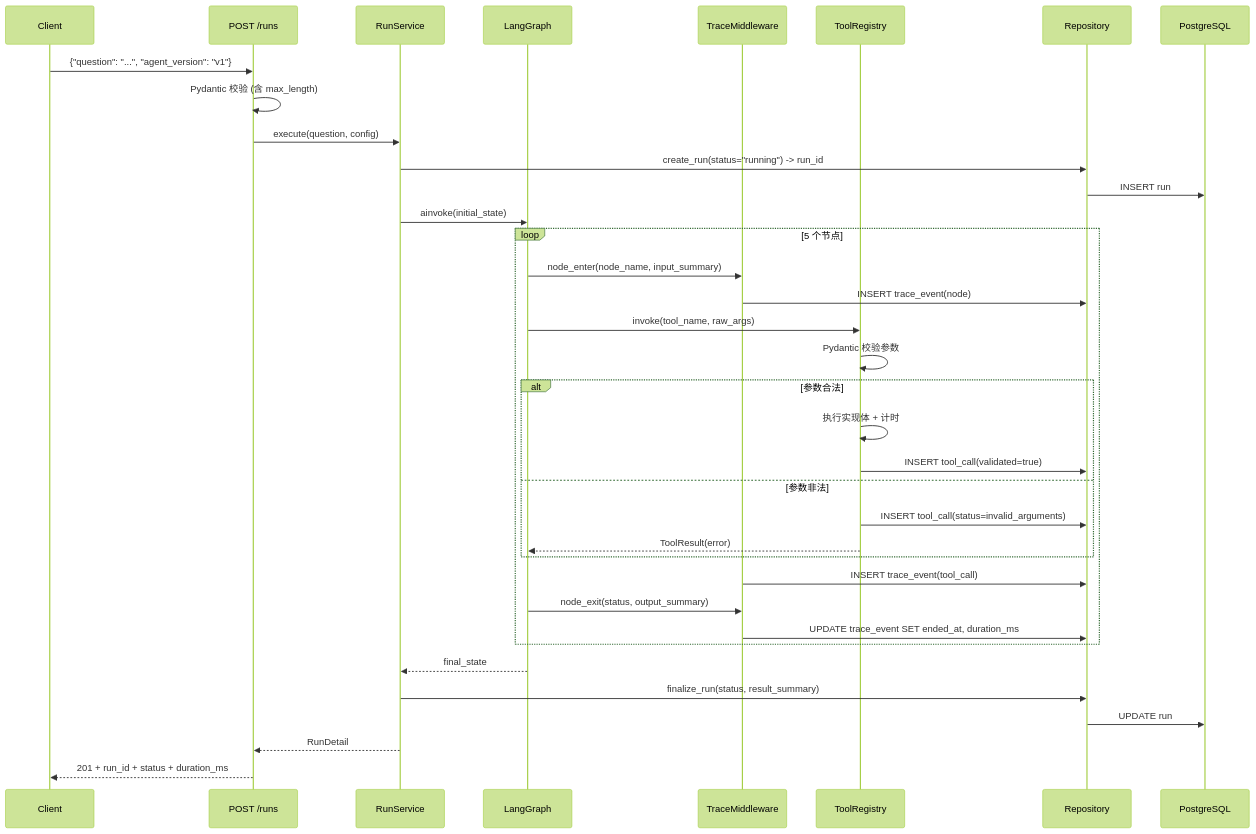
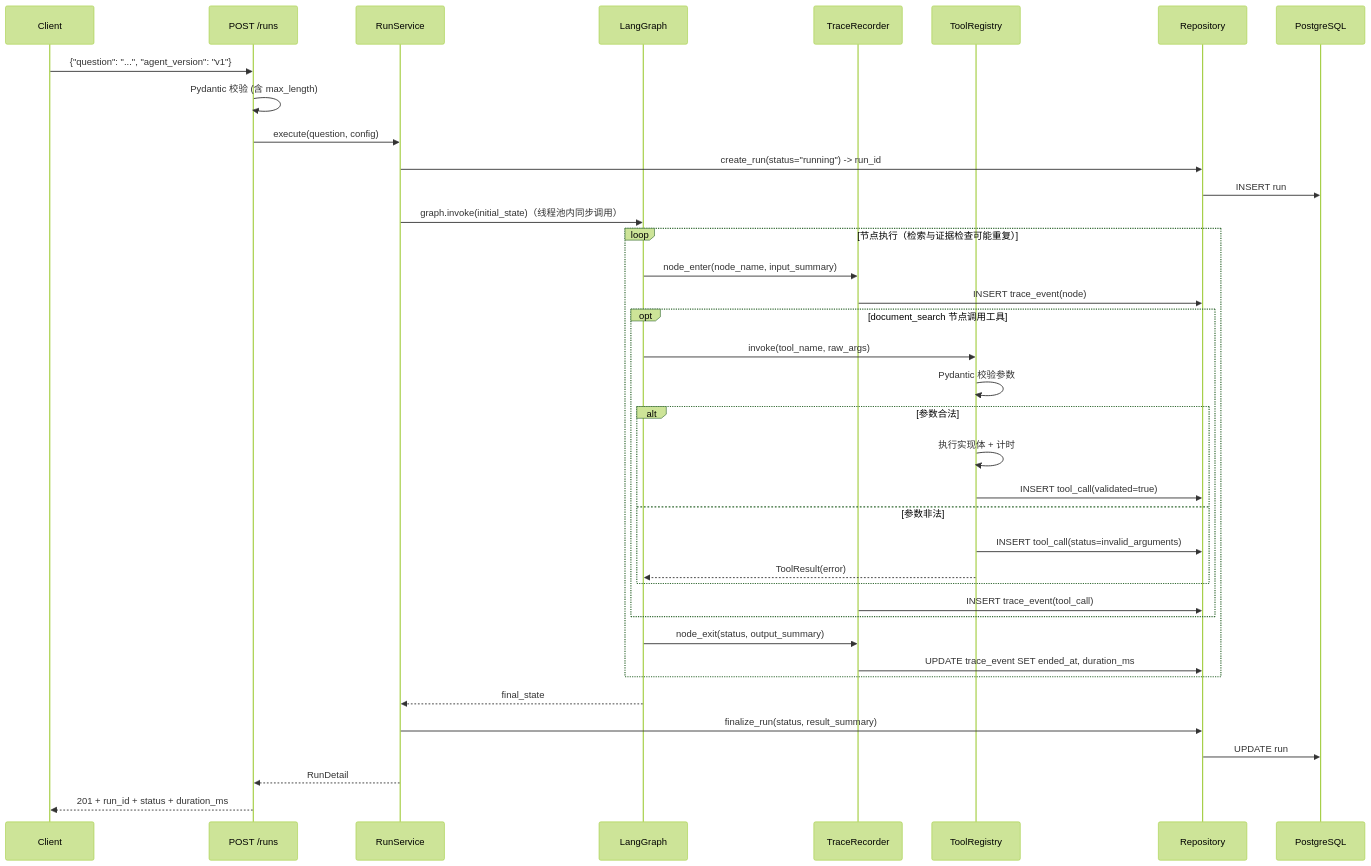
The second of 3 diagrams in docs/ARCHITECTURE.md (zhang2y17/AgentTrace), drawn with Mermaid (forest theme) before and after one commit. The commit also changed other lines of this file and 17 other files, not shown here.

````diff
--- a/docs/ARCHITECTURE.md
+++ b/docs/ARCHITECTURE.md
@@ -164,39 +139,41 @@
 ```mermaid
 sequenceDiagram
     participant C as Client
     participant A as POST /runs
     participant RS as RunService
     participant G as LangGraph
-    participant MW as TraceMiddleware
+    participant MW as TraceRecorder
     participant T as ToolRegistry
     participant R as Repository
     participant DB as PostgreSQL
 
     C->>A: {"question": "...", "agent_version": "v1"}
     A->>A: Pydantic 校验 (含 max_length)
     A->>RS: execute(question, config)
     RS->>R: create_run(status="running") -> run_id
     R->>DB: INSERT run
-    RS->>G: ainvoke(initial_state)
-    loop 5 个节点
+    RS->>G: graph.invoke(initial_state)（线程池内同步调用）
+    loop 节点执行（检索与证据检查可能重复）
         G->>MW: node_enter(node_name, input_summary)
         MW->>R: INSERT trace_event(node)
+        opt document_search 节点调用工具
         G->>T: invoke(tool_name, raw_args)
         T->>T: Pydantic 校验参数
         alt 参数合法
             T->>T: 执行实现体 + 计时
             T->>R: INSERT tool_call(validated=true)
         else 参数非法
             T->>R: INSERT tool_call(status=invalid_arguments)
             T-->>G: ToolResult(error)
         end
         MW->>R: INSERT trace_event(tool_call)
+        end
         G->>MW: node_exit(status, output_summary)
         MW->>R: UPDATE trace_event SET ended_at, duration_ms
     end
     G-->>RS: final_state
     RS->>R: finalize_run(status, result_summary)
     R->>DB: UPDATE run
     RS-->>A: RunDetail
     A-->>C: 201 + run_id + status + duration_ms
 ```
````
